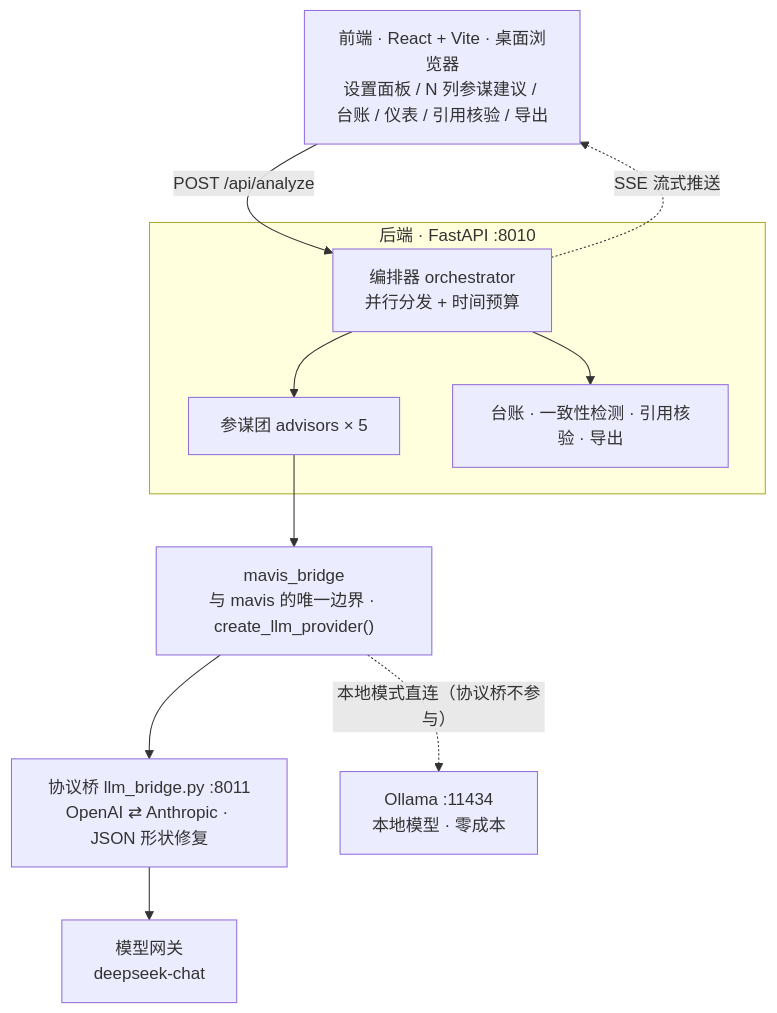
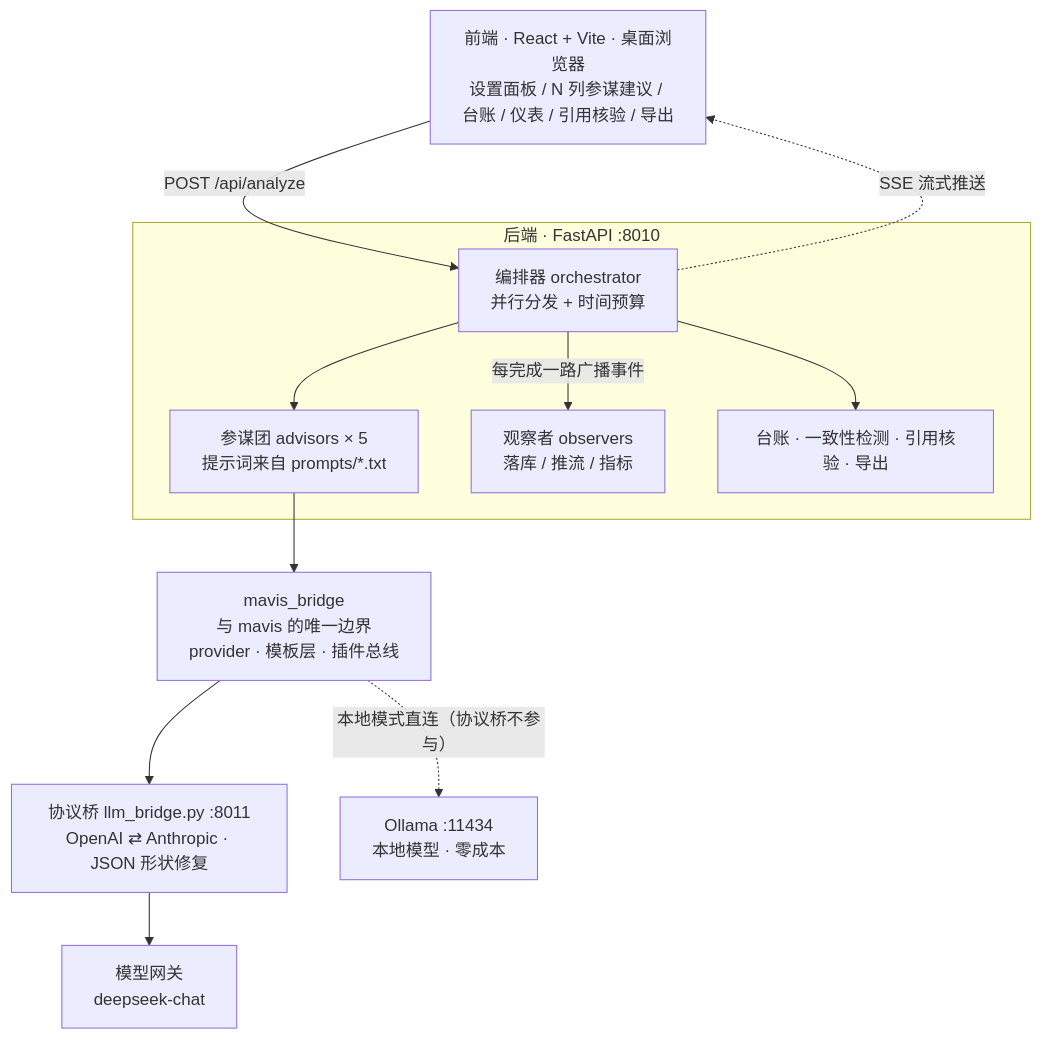
The diagram in README.md (hellobs/ai-debater), drawn with Mermaid before and after one commit. The commit also changed other lines of this file and 5 other files, not shown here.

````diff
--- a/README.md
+++ b/README.md
@@ -87,24 +87,26 @@
 ```mermaid
 flowchart TB
     FE["前端 · React + Vite · 桌面浏览器<br/>设置面板 / N 列参谋建议 / 台账 / 仪表 / 引用核验 / 导出"]
 
     subgraph BE["后端 · FastAPI :8010"]
         OR["编排器 orchestrator<br/>并行分发 + 时间预算"]
-        ADV["参谋团 advisors × 5"]
+        ADV["参谋团 advisors × 5<br/>提示词来自 prompts/*.txt"]
+        OBS["观察者 observers<br/>落库 / 推流 / 指标"]
         AUX["台账 · 一致性检测 · 引用核验 · 导出"]
     end
 
-    MB["mavis_bridge<br/>与 mavis 的唯一边界 · create_llm_provider()"]
+    MB["mavis_bridge<br/>与 mavis 的唯一边界<br/>provider · 模板层 · 插件总线"]
     BR["协议桥 llm_bridge.py :8011<br/>OpenAI ⇄ Anthropic · JSON 形状修复"]
     GW["模型网关<br/>deepseek-chat"]
     OL["Ollama :11434<br/>本地模型 · 零成本"]
 
     FE -- "POST /api/analyze" --> OR
     OR -. "SSE 流式推送" .-> FE
     OR --> ADV
+    OR -- "每完成一路广播事件" --> OBS
     ADV --> MB
     MB --> BR
     BR --> GW
     MB -. "本地模式直连（协议桥不参与）" .-> OL
     OR --> AUX
 ```
````
